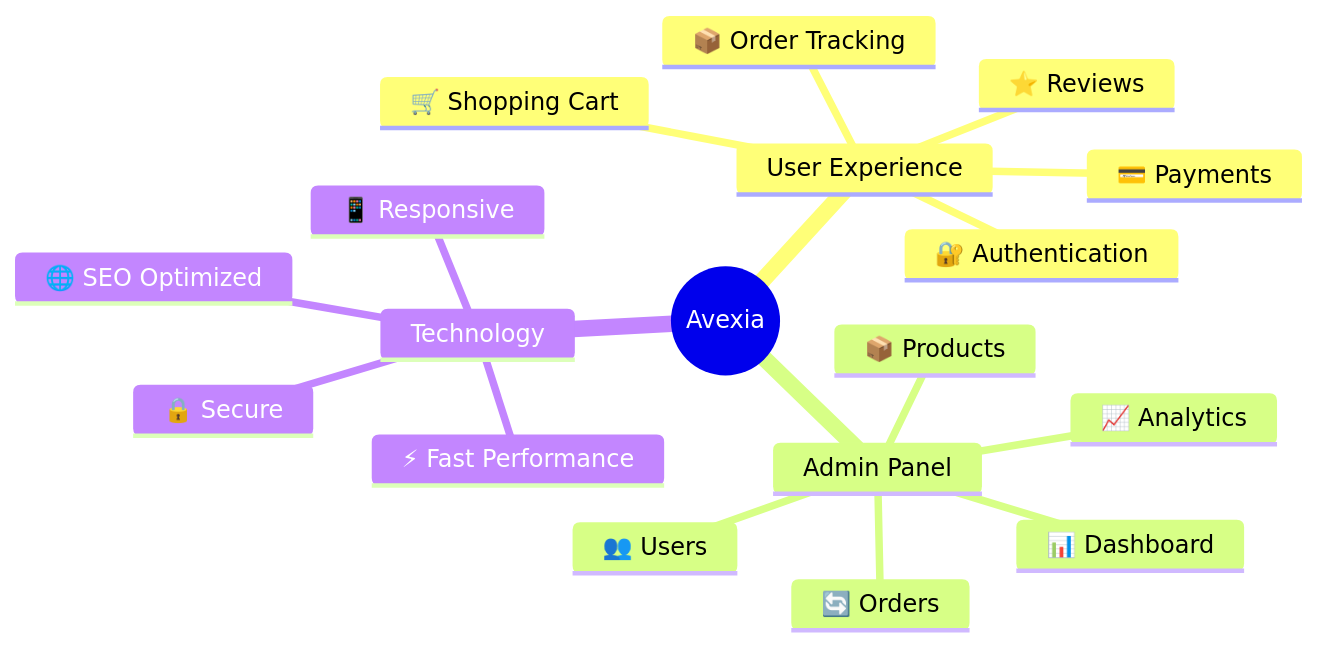
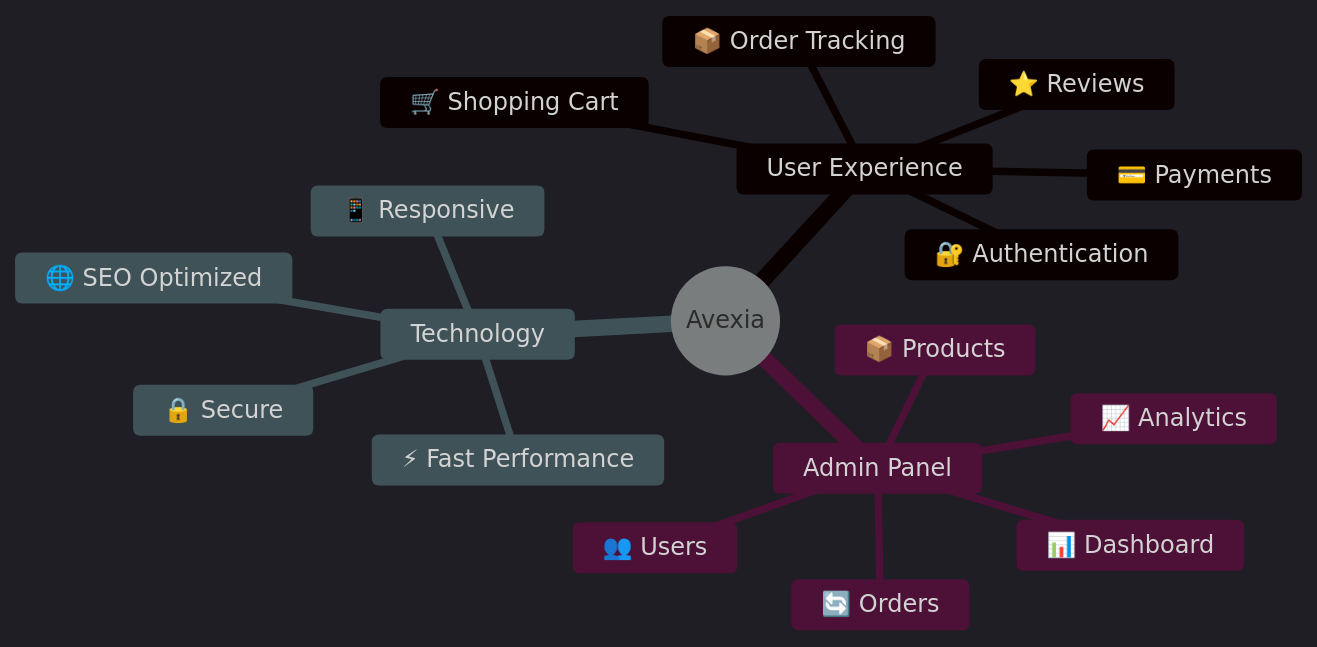
One commit to p-thanks/Avexia changed the first of 5 diagrams in README.md. Above: the diagram before and after it, drawn with Mermaid. The commit also changed other lines of this file, not shown here.

````diff
--- a/README.md
+++ b/README.md
@@ -31,21 +32,31 @@
 ```mermaid
+%%{init: {
+  'theme': 'dark',
+  'themeVariables': {
+    'primaryColor': '#00000000',
+    'lineColor': '#ffffff',
+    'textColor': '#ffffff'
+  }
+}}%%
+
 mindmap
   root((Avexia))
     User Experience
       🔐 Authentication
       🛒 Shopping Cart
       💳 Payments
       📦 Order Tracking
       ⭐ Reviews
     Admin Panel
       📊 Dashboard
       📦 Products
       👥 Users
       🔄 Orders
       📈 Analytics
     Technology
       ⚡ Fast Performance
       🔒 Secure
       📱 Responsive
       🌐 SEO Optimized
+
 ```
````
